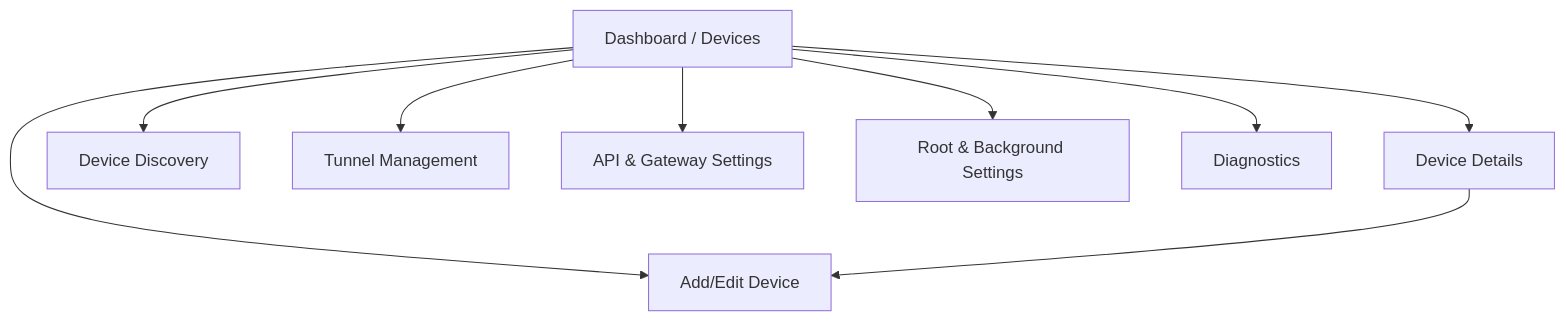
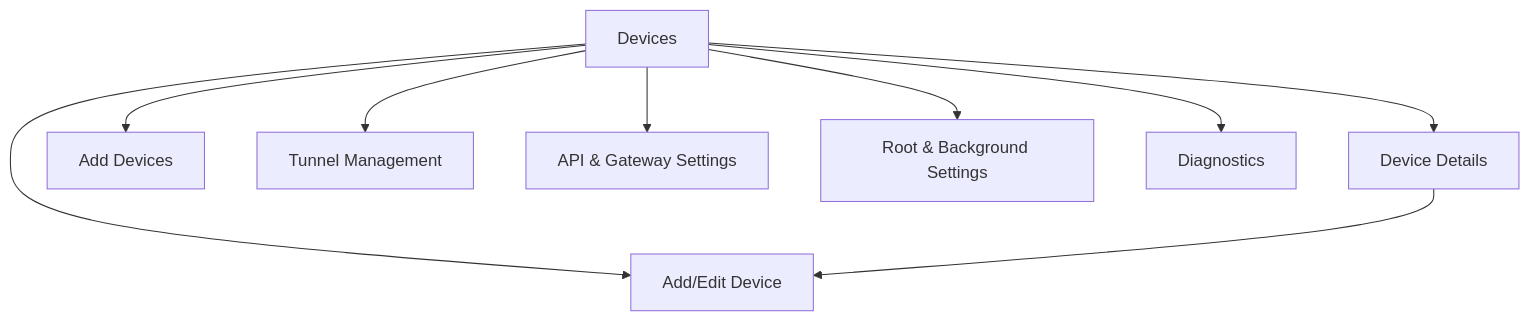
One commit to itsmeyogs/WOLGatewayAndroid changed the diagram in docs/DESIGN.md. Above: the diagram before and after it, drawn with Mermaid. The commit also changed other lines of this file and 31 other files, not shown here.

````diff
--- a/docs/DESIGN.md
+++ b/docs/DESIGN.md
@@ -24,12 +24,12 @@
 ```mermaid
 flowchart TD
-    Dashboard[Dashboard / Devices]
-    Dashboard --> Details[Device Details]
-    Dashboard --> Form[Add/Edit Device]
-    Dashboard --> Discovery[Device Discovery]
-    Dashboard --> Tunnel[Tunnel Management]
-    Dashboard --> Settings[API & Gateway Settings]
-    Dashboard --> Background[Root & Background Settings]
-    Dashboard --> Diagnostics[Diagnostics]
+    Devices[Devices]
+    Devices --> Details[Device Details]
+    Devices --> Form[Add/Edit Device]
+    Devices --> AddDevices[Add Devices]
+    Devices --> Tunnel[Tunnel Management]
+    Devices --> Settings[API & Gateway Settings]
+    Devices --> Background[Root & Background Settings]
+    Devices --> Diagnostics[Diagnostics]
     Details --> Form
 ```
````
